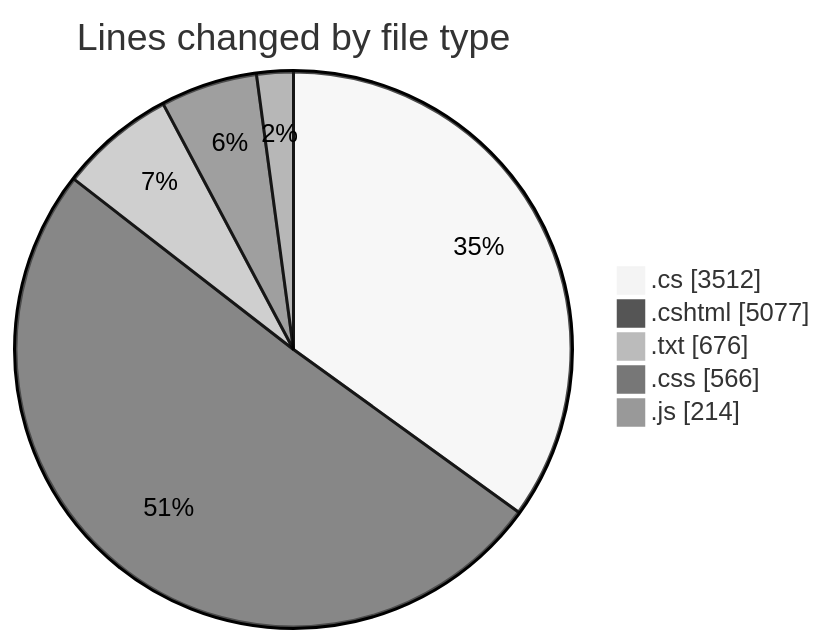
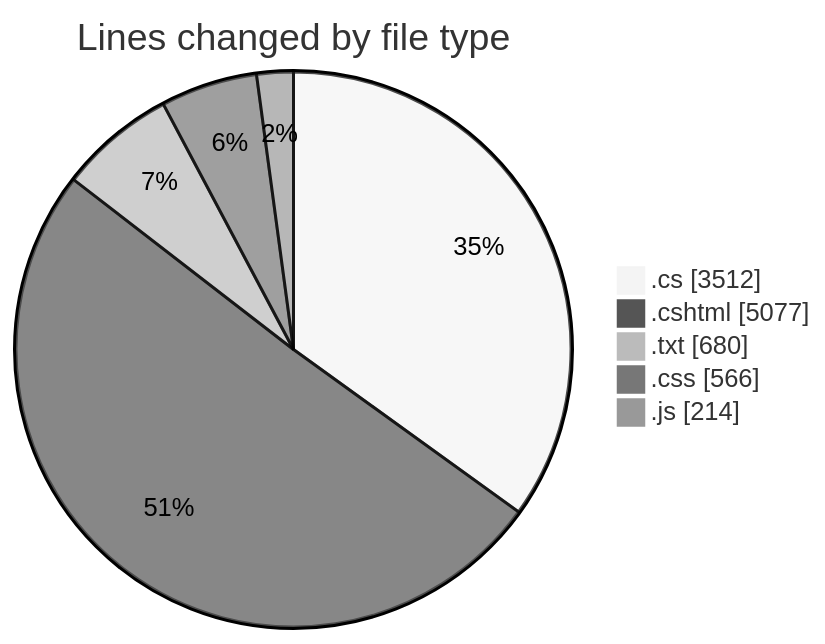
One commit to lephambinh05/code-tracking changed the first of 2 diagrams in 2025-07-28/quanlyrapchieuphim-1/README.md. Above: the diagram before and after it, drawn with Mermaid (neutral theme). The commit also changed other lines of this file and 1 other file, not shown here.

````diff
--- a/2025-07-28/quanlyrapchieuphim-1/README.md
+++ b/2025-07-28/quanlyrapchieuphim-1/README.md
@@ -41,9 +41,9 @@
 ```mermaid
 pie showData
 title Lines changed by file type
 ".cs" : 3512
 ".cshtml" : 5077
-".txt" : 676
+".txt" : 680
 ".css" : 566
 ".js" : 214
 ```
````
